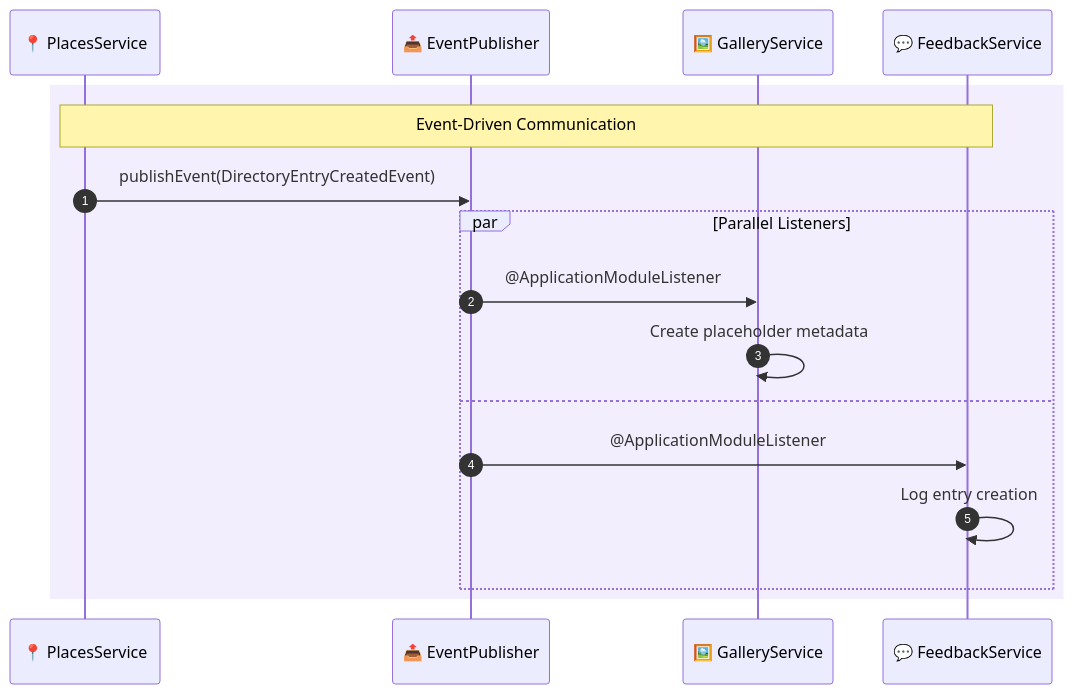
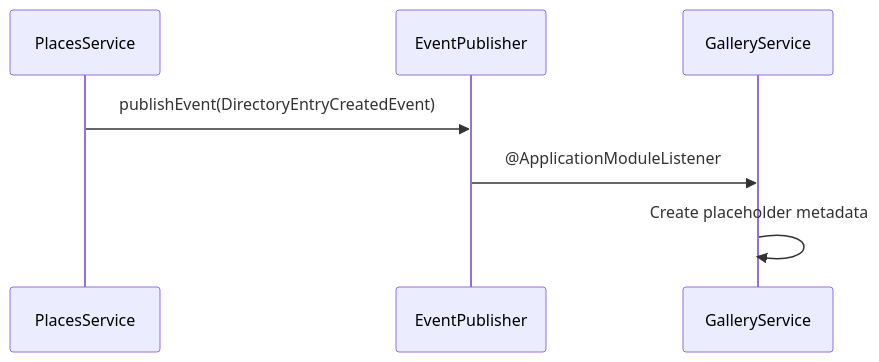
One commit to deznode/nosilha changed the second of 2 diagrams in docs/spring-modulith.md. Above: the diagram before and after it, drawn with Mermaid. The commit also changed other lines of this file and 15 other files, not shown here.

````diff
--- a/docs/spring-modulith.md
+++ b/docs/spring-modulith.md
@@ -256,20 +117,10 @@
 ```mermaid
 sequenceDiagram
-    autonumber
-    participant PS as 📍 PlacesService
-    participant EP as 📤 EventPublisher
-    participant GS as 🖼️ GalleryService
-    participant FS as 💬 FeedbackService
+    participant PS as PlacesService
+    participant EP as EventPublisher
+    participant GS as GalleryService
 
-    rect rgb(139, 92, 246, 0.1)
-        Note over PS,FS: Event-Driven Communication
-        PS->>EP: publishEvent(DirectoryEntryCreatedEvent)
-        par Parallel Listeners
-            EP->>GS: @ApplicationModuleListener
-            GS->>GS: Create placeholder metadata
-        and
-            EP->>FS: @ApplicationModuleListener
-            FS->>FS: Log entry creation
-        end
-    end
+    PS->>EP: publishEvent(DirectoryEntryCreatedEvent)
+    EP->>GS: @ApplicationModuleListener
+    GS->>GS: Create placeholder metadata
 ```
````
